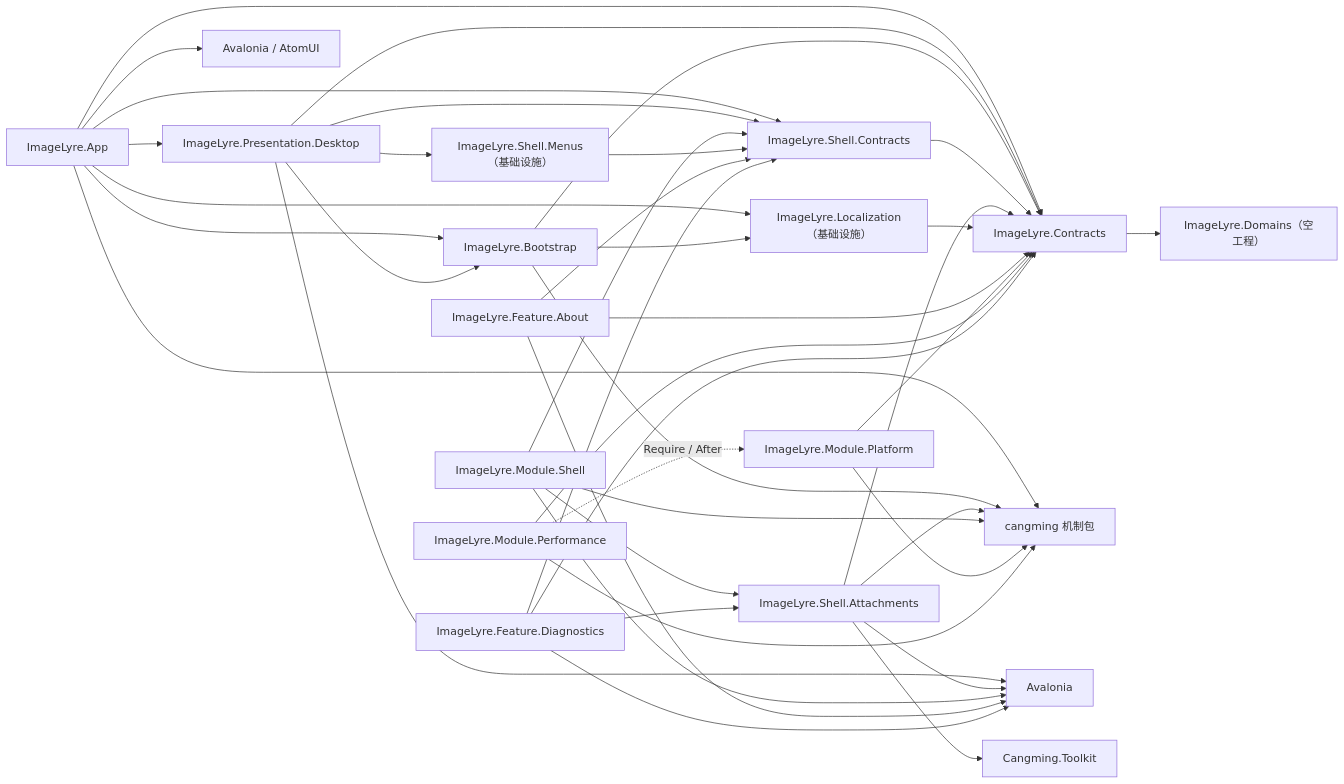
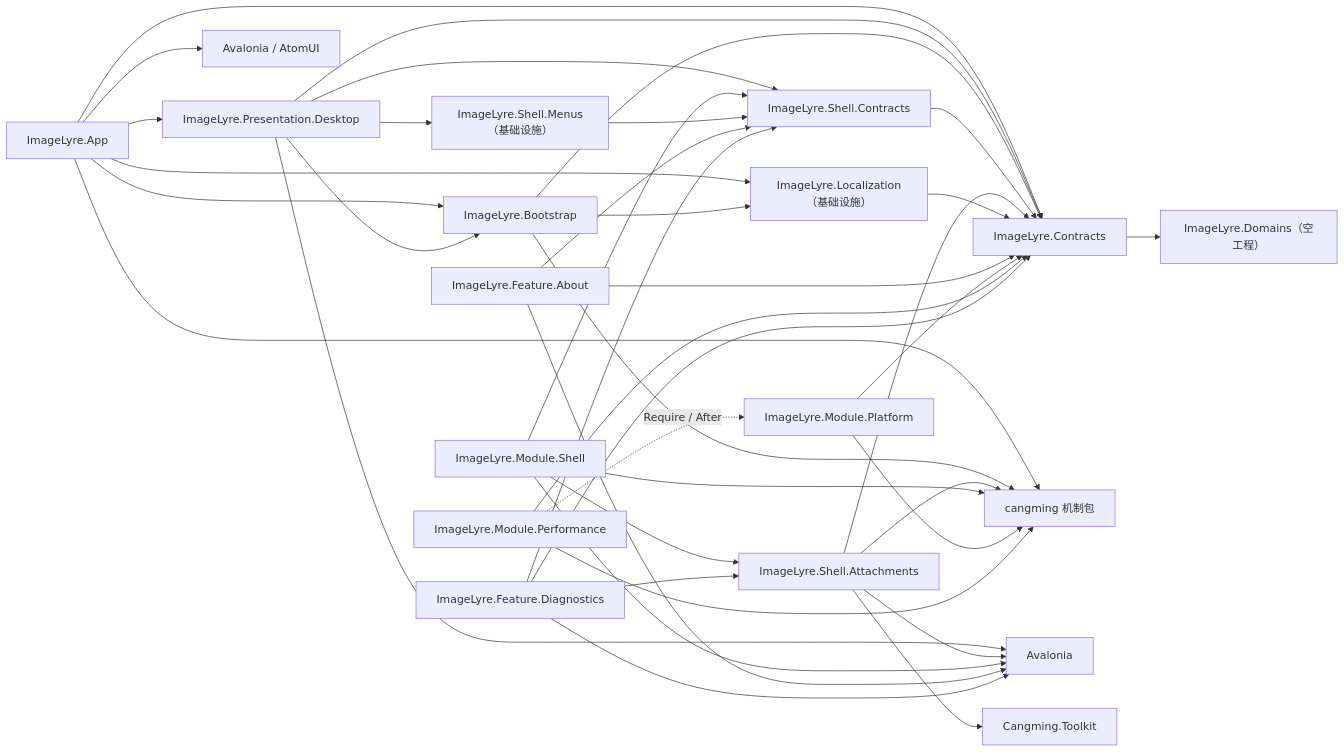
One commit to xknife-erian/ImageLyre changed the first of 3 diagrams in docs/design/lukan/DESIGN-0001-M1-插件骨架.md. Above: the diagram before and after it, drawn with Mermaid. The commit also changed other lines of this file and 11 other files, not shown here.

````diff
--- a/docs/design/lukan/DESIGN-0001-M1-插件骨架.md
+++ b/docs/design/lukan/DESIGN-0001-M1-插件骨架.md
@@ -103,57 +104,56 @@
 ```mermaid
 flowchart LR
     BOOT["ImageLyre.Bootstrap"]
     APP["ImageLyre.App"]
     PD["ImageLyre.Presentation.Desktop"]
     SC["ImageLyre.Shell.Contracts"]
     SA["ImageLyre.Shell.Attachments"]
     DC["ImageLyre.Contracts"]
     DN["ImageLyre.Domains（空工程）"]
     MS["ImageLyre.Module.Shell"]
     LOC["ImageLyre.Localization（基础设施）"]
     MENUS["ImageLyre.Shell.Menus（基础设施）"]
     MC["ImageLyre.Module.Platform"]
     MG["ImageLyre.Module.Performance"]
     FD["ImageLyre.Feature.Diagnostics"]
     ABOUT["ImageLyre.Feature.About"]
 
     APP --> PD
     APP --> BOOT
-    APP --> SC
     APP --> DC
     APP --> CM
     APP --> AV["Avalonia / AtomUI"]
     PD --> BOOT
     PD --> SC
     PD --> DC
     PD --> MENUS
     PD --> AVL["Avalonia"]
     BOOT --> CM["cangming 机制包"]
     BOOT --> DC
     SC --> DC
     SA --> DC
     SA --> CM
     SA --> TK["Cangming.Toolkit"]
     SA --> AVL
     DC --> DN
     MS --> SC
     MS --> SA
     MS --> CM
     MS --> AVL
     LOC --> DC
     APP --> LOC
     BOOT --> LOC
     MENUS --> SC
     ABOUT --> SC
     ABOUT --> DC
     ABOUT --> AVL
     MC --> DC
     MC --> CM
     MG --> DC
     MG --> CM
     MG -.->|"Require / After"| MC
     FD --> SC
     FD --> SA
     FD --> DC
     FD --> AVL
 ```
````
